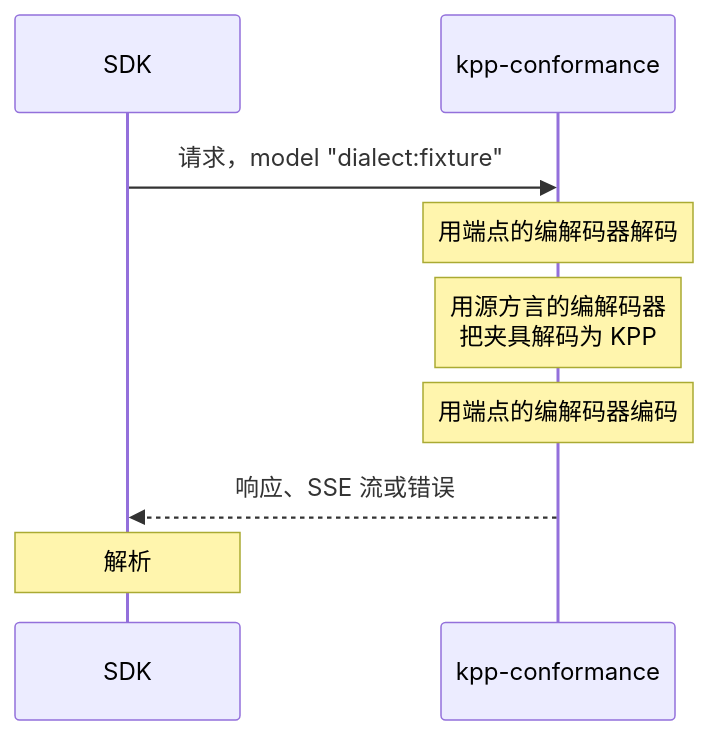
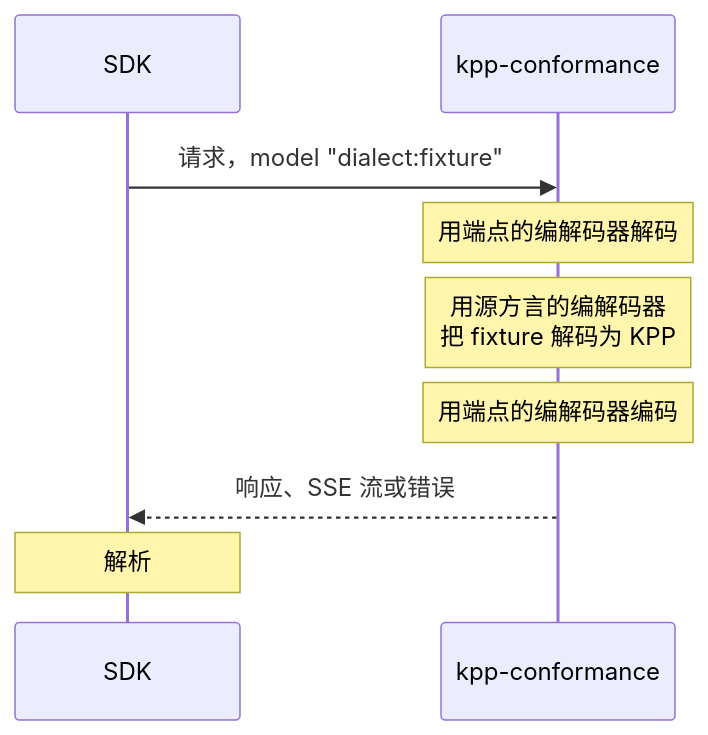
Before and after one commit to logicplanes/kaeso: the diagram in apps/docs/content/zh-CN/development/testing.md, drawn with Mermaid. The commit also changed other lines of this file and 10 other files, not shown here.

````diff
--- a/apps/docs/content/zh-CN/development/testing.md
+++ b/apps/docs/content/zh-CN/development/testing.md
@@ -174,13 +163,13 @@
 ```mermaid
 sequenceDiagram
   accTitle: 一次一致性测试请求
-  accDescr: SDK 发送一个请求，其模型名指定源方言和夹具。服务器用端点的编解码器解码请求，用源方言的编解码器把夹具解码为 KPP，再用端点的编解码器编码，并返回响应、流或错误，由 SDK 解析。
+  accDescr: SDK 发送一个请求，其模型名指定源方言和 fixture。服务器用端点的编解码器解码请求，用源方言的编解码器把 fixture 解码为 KPP，再用端点的编解码器编码，并返回响应、流或错误，由 SDK 解析。
   participant SDK
   participant Server as kpp-conformance
   SDK->>Server: 请求，model "dialect:fixture"
   Note over Server: 用端点的编解码器解码
-  Note over Server: 用源方言的编解码器<br>把夹具解码为 KPP
+  Note over Server: 用源方言的编解码器<br>把 fixture 解码为 KPP
   Note over Server: 用端点的编解码器编码
   Server-->>SDK: 响应、SSE 流或错误
   Note over SDK: 解析
 ```
````
